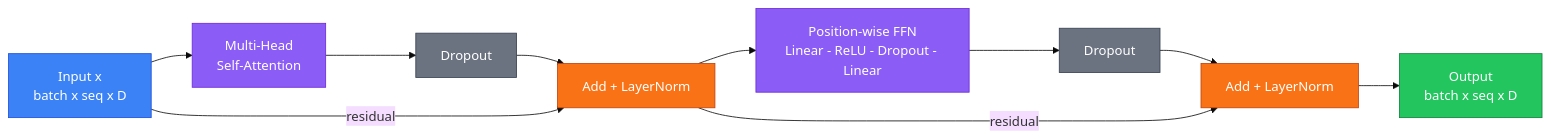
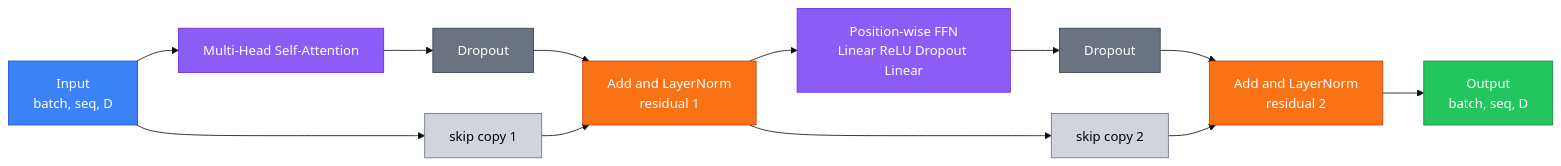
Before and after one commit to hkevin01/transformer-demo: the third of 11 diagrams in README.md, drawn with Mermaid (base theme). The commit also changed other lines of this file and 1 other file, not shown here.

Commit message:
Enhance argument parser to include layer count constraints for training, evaluation, and visualization

````diff
--- a/README.md
+++ b/README.md
@@ -329,24 +327,32 @@
 ```mermaid
 flowchart LR
-    IN["Input x\nbatch x seq x D"]
-    ATTN["Multi-Head\nSelf-Attention"]
+    IN["Input\nbatch, seq, D"]
+    SKIP1["skip copy 1"]
+    ATTN["Multi-Head Self-Attention"]
     DROP1["Dropout"]
-    ADD1["Add + LayerNorm"]
-    FFN["Position-wise FFN\nLinear - ReLU - Dropout - Linear"]
+    ADD1["Add and LayerNorm\nresidual 1"]
+    SKIP2["skip copy 2"]
+    FFN["Position-wise FFN\nLinear ReLU Dropout Linear"]
     DROP2["Dropout"]
-    ADD2["Add + LayerNorm"]
-    OUT["Output\nbatch x seq x D"]
+    ADD2["Add and LayerNorm\nresidual 2"]
+    OUT["Output\nbatch, seq, D"]
 
-    IN --> ATTN --> DROP1 --> ADD1 --> FFN --> DROP2 --> ADD2 --> OUT
-    IN -->|"residual"| ADD1
-    ADD1 -->|"residual"| ADD2
+    IN --> SKIP1
+    IN --> ATTN --> DROP1 --> ADD1
+    SKIP1 --> ADD1
+    ADD1 --> SKIP2
+    ADD1 --> FFN --> DROP2 --> ADD2
+    SKIP2 --> ADD2
+    ADD2 --> OUT
 
     style IN fill:#3b82f6,stroke:#1d4ed8,color:#fff
+    style SKIP1 fill:#d1d5db,stroke:#6b7280,color:#000
     style ATTN fill:#8b5cf6,stroke:#6d28d9,color:#fff
     style DROP1 fill:#6b7280,stroke:#374151,color:#fff
     style ADD1 fill:#f97316,stroke:#c2410c,color:#fff
+    style SKIP2 fill:#d1d5db,stroke:#6b7280,color:#000
     style FFN fill:#8b5cf6,stroke:#6d28d9,color:#fff
     style DROP2 fill:#6b7280,stroke:#374151,color:#fff
     style ADD2 fill:#f97316,stroke:#c2410c,color:#fff
     style OUT fill:#22c55e,stroke:#15803d,color:#fff
 ```
````
